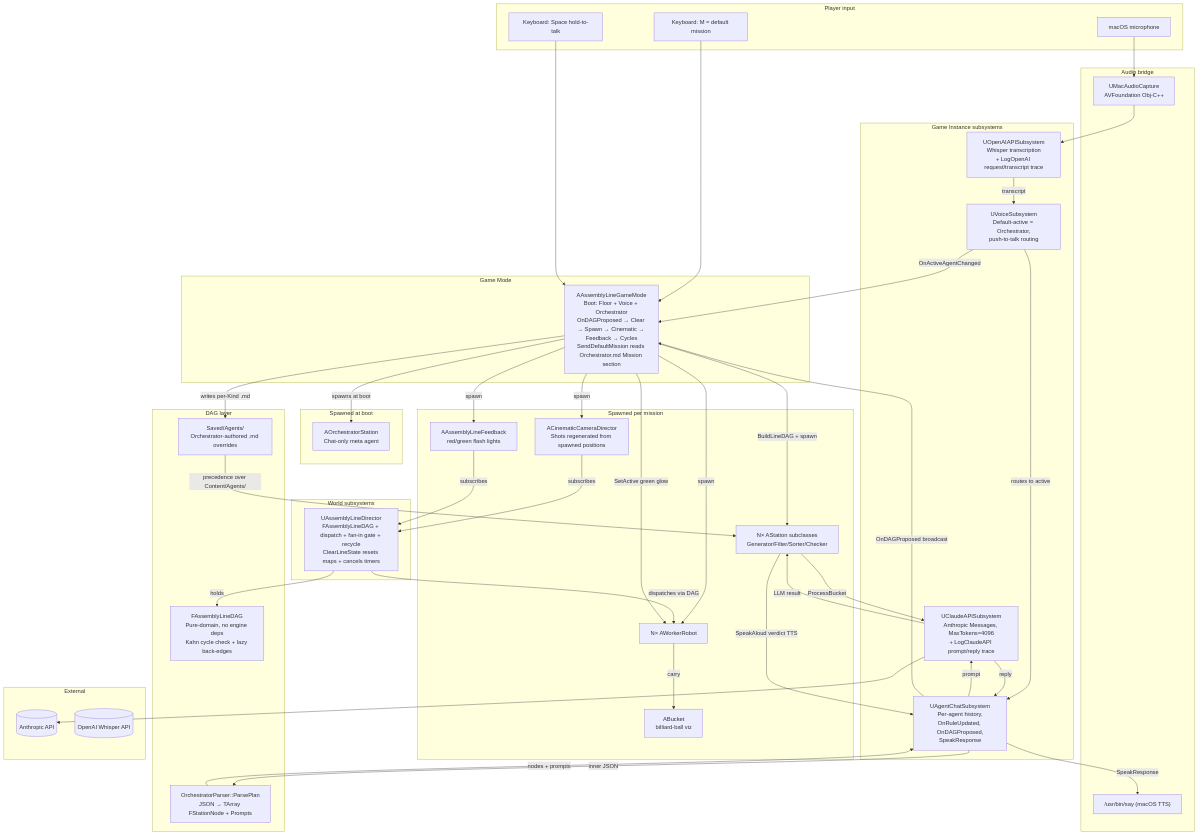
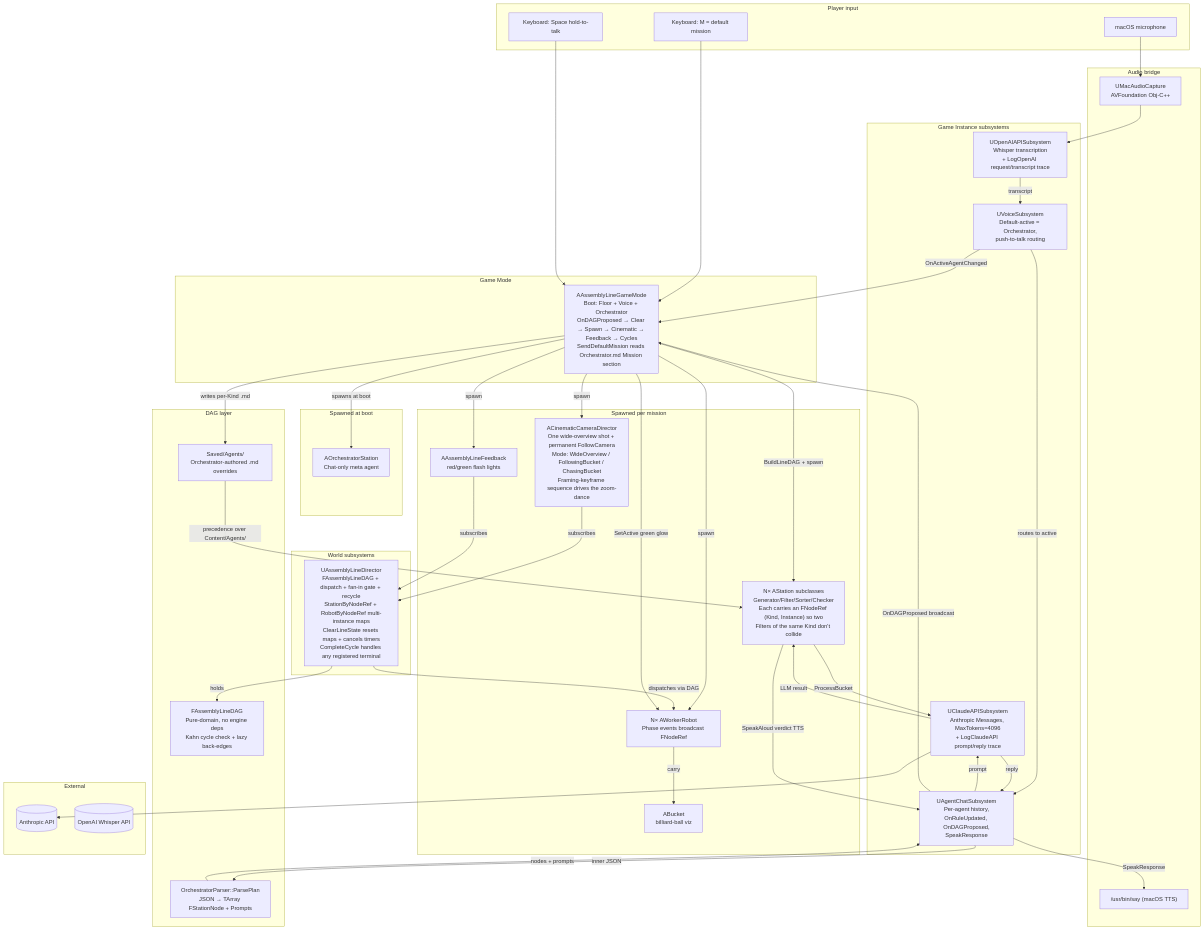
The first of 13 diagrams in README.md (eyupgurel/AssemblyLineSimul), drawn with Mermaid before and after one commit. The commit also changed other lines of this file, not shown here.

```diff
--- a/README.md
+++ b/README.md
@@ -197,7 +217,7 @@
   end
 
   subgraph World subsystems
-    Dir[UAssemblyLineDirector<br/>FAssemblyLineDAG + dispatch + fan-in gate + recycle<br/>ClearLineState resets maps + cancels timers]
+    Dir[UAssemblyLineDirector<br/>FAssemblyLineDAG + dispatch + fan-in gate + recycle<br/>StationByNodeRef + RobotByNodeRef multi-instance maps<br/>ClearLineState resets maps + cancels timers<br/>CompleteCycle handles any registered terminal]
   end
 
   subgraph Game Instance subsystems
@@ -212,10 +232,10 @@
   end
 
   subgraph Spawned per mission
-    Stations[N× AStation subclasses<br/>Generator/Filter/Sorter/Checker]
-    Workers[N× AWorkerRobot]
+    Stations["N× AStation subclasses<br/>Generator/Filter/Sorter/Checker<br/>Each carries an FNodeRef (Kind, Instance) so two<br/>Filters of the same Kind don't collide"]
+    Workers[N× AWorkerRobot<br/>Phase events broadcast FNodeRef]
     Buckets[ABucket<br/>billiard-ball viz]
-    Cinematic[ACinematicCameraDirector<br/>Shots regenerated from spawned positions]
+    Cinematic[ACinematicCameraDirector<br/>One wide-overview shot + permanent FollowCamera<br/>Mode: WideOverview / FollowingBucket / ChasingBucket<br/>Framing-keyframe sequence drives the zoom-dance]
     Feedback[AAssemblyLineFeedback<br/>red/green flash lights]
   end
 
```
